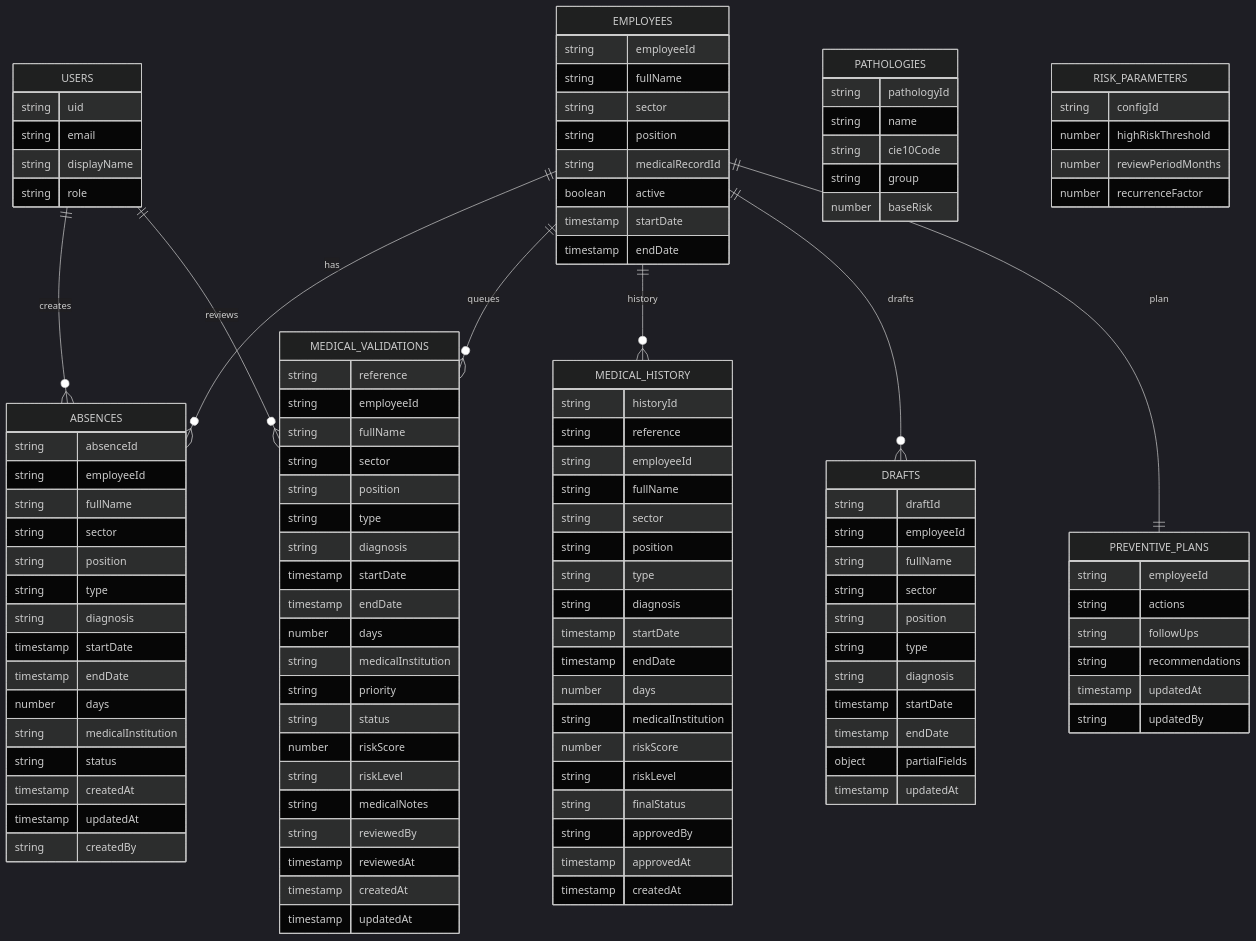
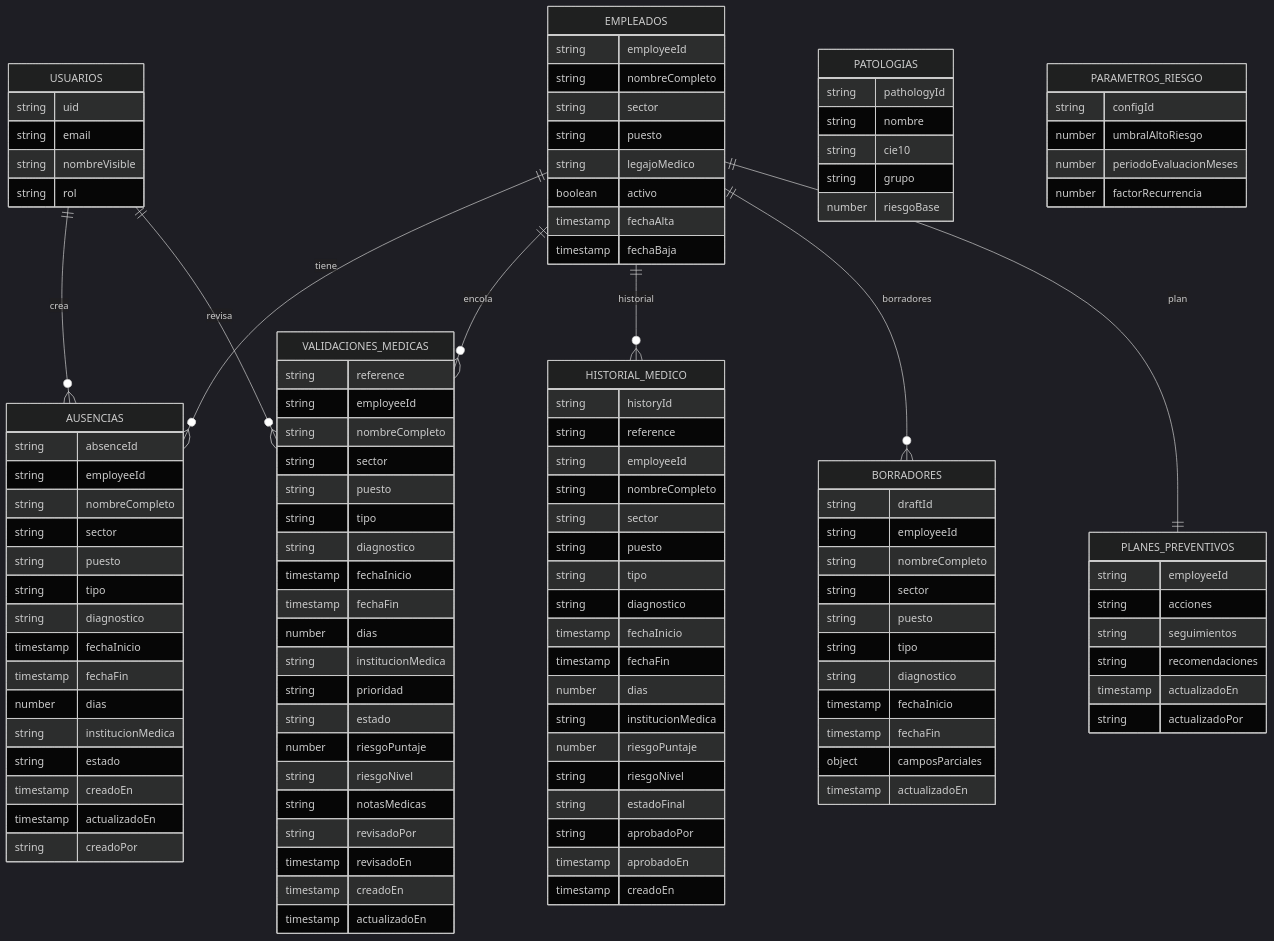
Before and after one commit to Gabrielo83/DSS-DeteccionRiesgosSalud: the diagram in docs/firebase_schema.md, drawn with Mermaid (dark theme). The commit also changed other lines of this file, not shown here.

Commit message:
agrego el schema de firebase para guía al proyecto.

````diff
--- a/docs/firebase_schema.md
+++ b/docs/firebase_schema.md
@@ -106,128 +106,128 @@
 ```mermaid
 erDiagram
-  USERS {
+  USUARIOS {
     string uid
     string email
-    string displayName
-    string role
+    string nombreVisible
+    string rol
   }
 
-  EMPLOYEES {
+  EMPLEADOS {
     string employeeId
-    string fullName
+    string nombreCompleto
     string sector
-    string position
-    string medicalRecordId
-    boolean active
-    timestamp startDate
-    timestamp endDate
+    string puesto
+    string legajoMedico
+    boolean activo
+    timestamp fechaAlta
+    timestamp fechaBaja
   }
 
-  ABSENCES {
+  AUSENCIAS {
     string absenceId
     string employeeId
-    string fullName
+    string nombreCompleto
     string sector
-    string position
-    string type
-    string diagnosis
-    timestamp startDate
-    timestamp endDate
-    number days
-    string medicalInstitution
-    string status
-    timestamp createdAt
-    timestamp updatedAt
-    string createdBy
+    string puesto
+    string tipo
+    string diagnostico
+    timestamp fechaInicio
+    timestamp fechaFin
+    number dias
+    string institucionMedica
+    string estado
+    timestamp creadoEn
+    timestamp actualizadoEn
+    string creadoPor
   }
 
-  MEDICAL_VALIDATIONS {
+  VALIDACIONES_MEDICAS {
     string reference
     string employeeId
-    string fullName
+    string nombreCompleto
     string sector
-    string position
-    string type
-    string diagnosis
-    timestamp startDate
-    timestamp endDate
-    number days
-    string medicalInstitution
-    string priority
-    string status
-    number riskScore
-    string riskLevel
-    string medicalNotes
-    string reviewedBy
-    timestamp reviewedAt
-    timestamp createdAt
-    timestamp updatedAt
+    string puesto
+    string tipo
+    string diagnostico
+    timestamp fechaInicio
+    timestamp fechaFin
+    number dias
+    string institucionMedica
+    string prioridad
+    string estado
+    number riesgoPuntaje
+    string riesgoNivel
+    string notasMedicas
+    string revisadoPor
+    timestamp revisadoEn
+    timestamp creadoEn
+    timestamp actualizadoEn
   }
 
-  MEDICAL_HISTORY {
+  HISTORIAL_MEDICO {
     string historyId
     string reference
     string employeeId
-    string fullName
+    string nombreCompleto
     string sector
-    string position
-    string type
-    string diagnosis
-    timestamp startDate
-    timestamp endDate
-    number days
-    string medicalInstitution
-    number riskScore
-    string riskLevel
-    string finalStatus
-    string approvedBy
-    timestamp approvedAt
-    timestamp createdAt
+    string puesto
+    string tipo
+    string diagnostico
+    timestamp fechaInicio
+    timestamp fechaFin
+    number dias
+    string institucionMedica
+    number riesgoPuntaje
+    string riesgoNivel
+    string estadoFinal
+    string aprobadoPor
+    timestamp aprobadoEn
+    timestamp creadoEn
   }
 
-  DRAFTS {
+  BORRADORES {
     string draftId
     string employeeId
-    string fullName
+    string nombreCompleto
     string sector
-    string position
-    string type
-    string diagnosis
-    timestamp startDate
-    timestamp endDate
-    object partialFields
-    timestamp updatedAt
+    string puesto
+    string tipo
+    string diagnostico
+    timestamp fechaInicio
+    timestamp fechaFin
+    object camposParciales
+    timestamp actualizadoEn
   }
 
-  PREVENTIVE_PLANS {
+  PLANES_PREVENTIVOS {
     string employeeId
-    string actions
-    string followUps
-    string recommendations
-    timestamp updatedAt
-    string updatedBy
+    string acciones
+    string seguimientos
+    string recomendaciones
+    timestamp actualizadoEn
+    string actualizadoPor
   }
 
-  PATHOLOGIES {
+  PATOLOGIAS {
     string pathologyId
-    string name
-    string cie10Code
-    string group
-    number baseRisk
+    string nombre
+    string cie10
+    string grupo
+    number riesgoBase
   }
 
-  RISK_PARAMETERS {
+  PARAMETROS_RIESGO {
     string configId
-    number highRiskThreshold
-    number reviewPeriodMonths
-    number recurrenceFactor
+    number umbralAltoRiesgo
+    number periodoEvaluacionMeses
+    number factorRecurrencia
   }
 
-  EMPLOYEES ||--o{ ABSENCES : has
-  EMPLOYEES ||--o{ MEDICAL_VALIDATIONS : queues
-  EMPLOYEES ||--o{ MEDICAL_HISTORY : history
-  EMPLOYEES ||--o{ DRAFTS : drafts
-  EMPLOYEES ||--|| PREVENTIVE_PLANS : plan
-  USERS ||--o{ ABSENCES : creates
-  USERS ||--o{ MEDICAL_VALIDATIONS : reviews
+  EMPLEADOS ||--o{ AUSENCIAS : tiene
+  EMPLEADOS ||--o{ VALIDACIONES_MEDICAS : encola
+  EMPLEADOS ||--o{ HISTORIAL_MEDICO : historial
+  EMPLEADOS ||--o{ BORRADORES : borradores
+  EMPLEADOS ||--|| PLANES_PREVENTIVOS : plan
+  USUARIOS ||--o{ AUSENCIAS : crea
+  USUARIOS ||--o{ VALIDACIONES_MEDICAS : revisa
 ```
````
